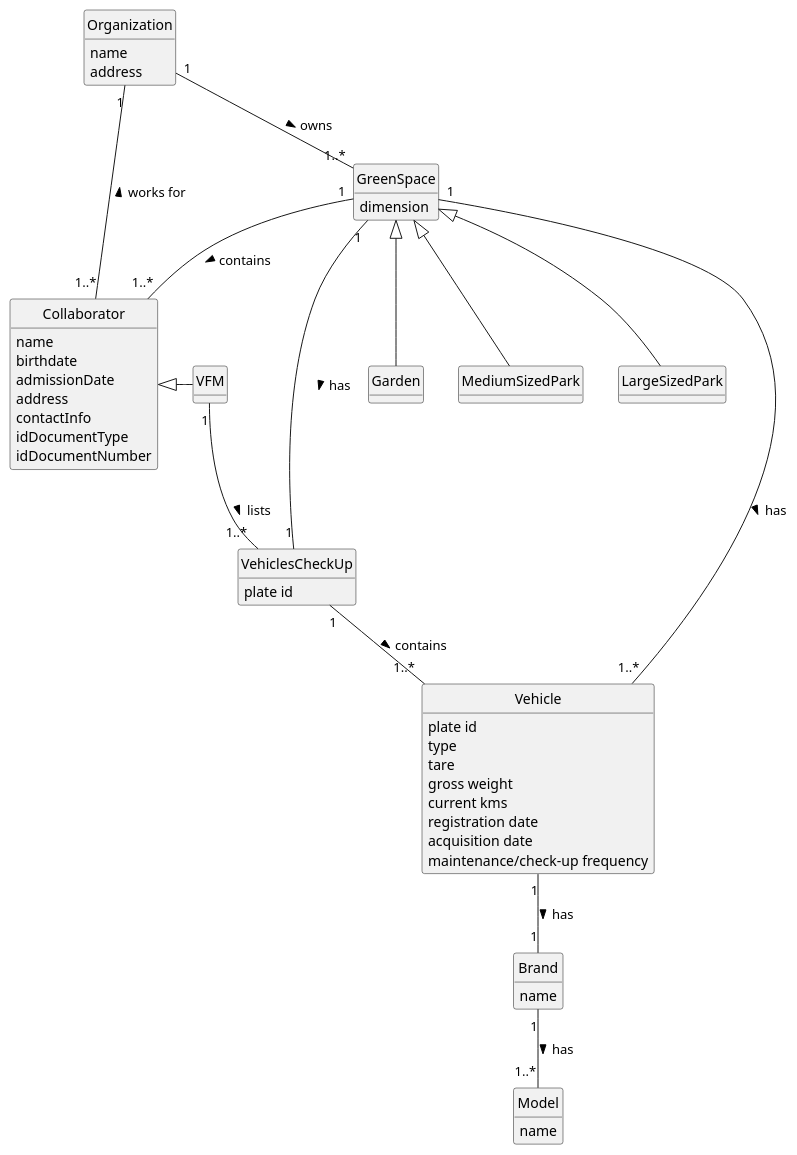
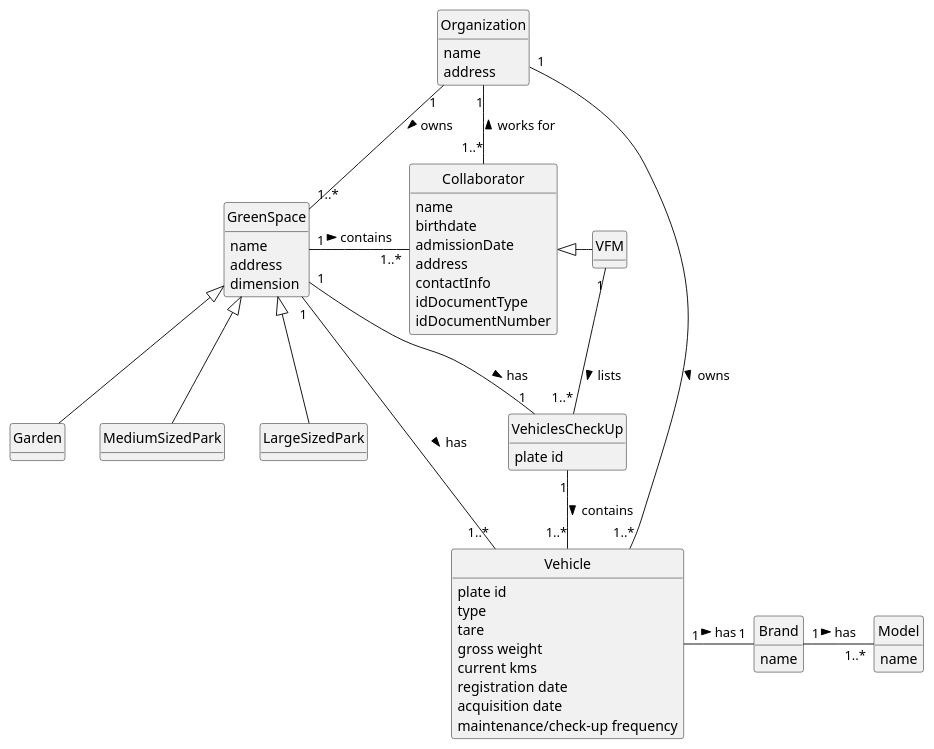
The diagram in docs/sprintA/us008/02.analysis/puml/us008-domain-model.puml (diogoveirospro/lei-24-s2-1dg-g072), drawn with PlantUML before and after one commit. The commit also changed 2 other files, not shown here.

```diff
--- a/docs/sprintA/us008/02.analysis/puml/us008-domain-model.puml
+++ b/docs/sprintA/us008/02.analysis/puml/us008-domain-model.puml
@@ -1,83 +1,86 @@
 @startuml
 skinparam monochrome true
 skinparam packageStyle rectangle
 skinparam shadowing false
 
 'left to right direction
 
 skinparam classAttributeIconSize 0
 
 hide circle
 hide methods
 
 class Collaborator {
     name
     birthdate
     admissionDate
     address
     contactInfo
     idDocumentType
     idDocumentNumber
 }
 class Organization{
     name
     address
 }
 
 class VFM {
 
 }
 
 
 class GreenSpace {
+    name
+    address
     dimension
 }
 
 class Garden {
 
 }
 
 class MediumSizedPark {
 
 }
 
 class LargeSizedPark {
 
 }
 class Vehicle{
     plate id
     type
     tare
     gross weight
     current kms
     registration date
     acquisition date
     maintenance/check-up frequency
 }
 
 class VehiclesCheckUp {
     plate id
 }
 
 class Brand{
 name
 }
 
 class Model{
 name
 }
 
 Collaborator <|- VFM
 VFM "1" -- "1..*" VehiclesCheckUp: lists >
 GreenSpace <|-- Garden
 GreenSpace <|-- MediumSizedPark
 GreenSpace <|-- LargeSizedPark
-GreenSpace "1" -- "1..*" Collaborator: contains >
+GreenSpace "1" - "1..*" Collaborator: contains >
 VehiclesCheckUp "1" -- "1..*" Vehicle: contains >
-GreenSpace "1  " - "1..*" Vehicle: has >
-Organization "1" -- "1..*" GreenSpace: owns >
+GreenSpace "1" - "1..*" Vehicle: has >
+Organization "1" - "1..*" GreenSpace: owns >
 Organization "1" -- "1..*" Collaborator: works for <
-GreenSpace "1" -- "1" VehiclesCheckUp: has >
-Vehicle "1" -- "1" Brand: has >
-Brand "1" -- "1..*" Model: has >
+GreenSpace "1" - "1" VehiclesCheckUp: has >
+Vehicle "1" - "1" Brand: has >
+Brand "1" - "1..*" Model: has >
+Organization "1" - "1..*" Vehicle: owns >
 @enduml
```
